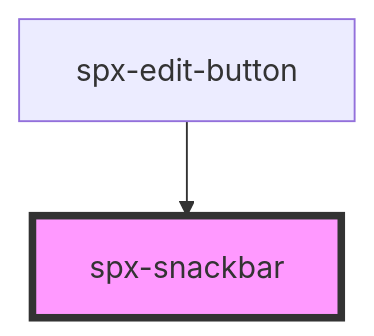
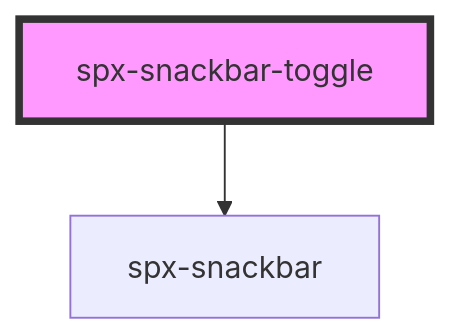
One commit to dnnsjsk/spx changed the diagram in stencil/src/components/spx-snackbar/readme.md. Above: the diagram before and after it, drawn with Mermaid. The commit also changed other lines of this file and 15 other files, not shown here.

````diff
--- a/stencil/src/components/spx-snackbar/readme.md
+++ b/stencil/src/components/spx-snackbar/readme.md
@@ -38,5 +15,5 @@
 ```mermaid
 graph TD;
-  spx-edit-button --> spx-snackbar
-  style spx-snackbar fill:#f9f,stroke:#333,stroke-width:4px
+  spx-snackbar-toggle --> spx-snackbar
+  style spx-snackbar-toggle fill:#f9f,stroke:#333,stroke-width:4px
 ```
````
